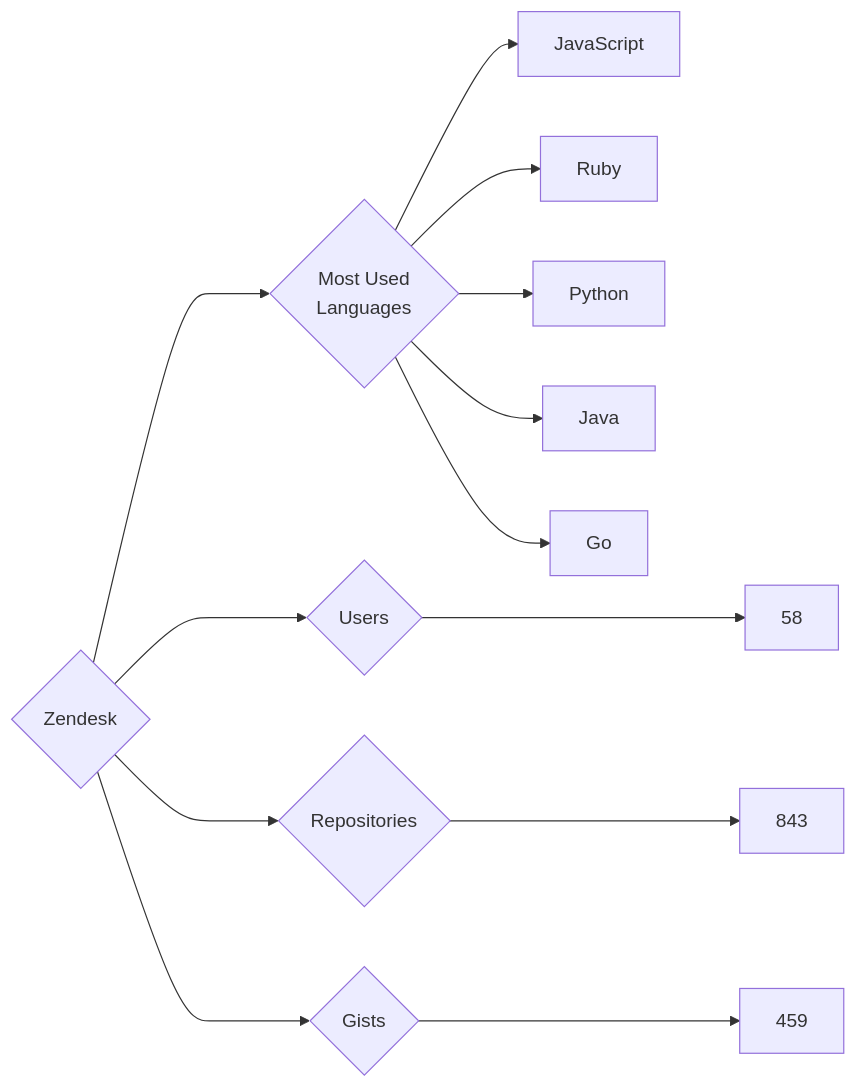
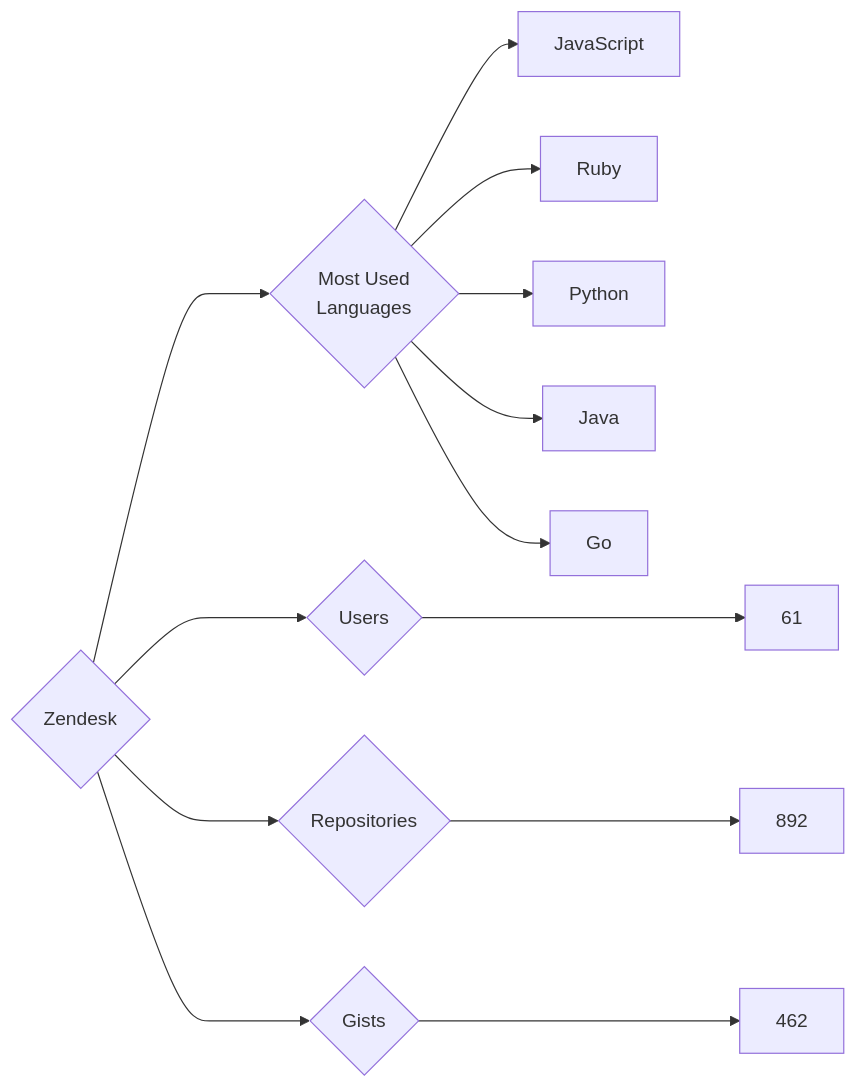
One commit to trickest/insiders changed the diagram in targets/Zendesk/README.md. Above: the diagram before and after it, drawn with Mermaid. The commit also changed 715 other files, not shown here.

````diff
--- a/targets/Zendesk/README.md
+++ b/targets/Zendesk/README.md
@@ -3,13 +3,13 @@
 ```mermaid
 graph LR
 COMPANY_NAME{Zendesk}
-COMPANY_NAME ---> U{Users} ---> UN[58]
-COMPANY_NAME ---> R{Repositories} ---> RN[843]
-COMPANY_NAME ---> G{Gists} ---> GN[459]
+COMPANY_NAME ---> U{Users} ---> UN[61]
+COMPANY_NAME ---> R{Repositories} ---> RN[892]
+COMPANY_NAME ---> G{Gists} ---> GN[462]
 COMPANY_NAME ---> ML{Most Used<br>Languages}
 ML --> JavaScript[JavaScript]
 ML --> Ruby[Ruby]
 ML --> Python[Python]
 ML --> Java[Java]
 ML --> Go[Go]
 ```
````
